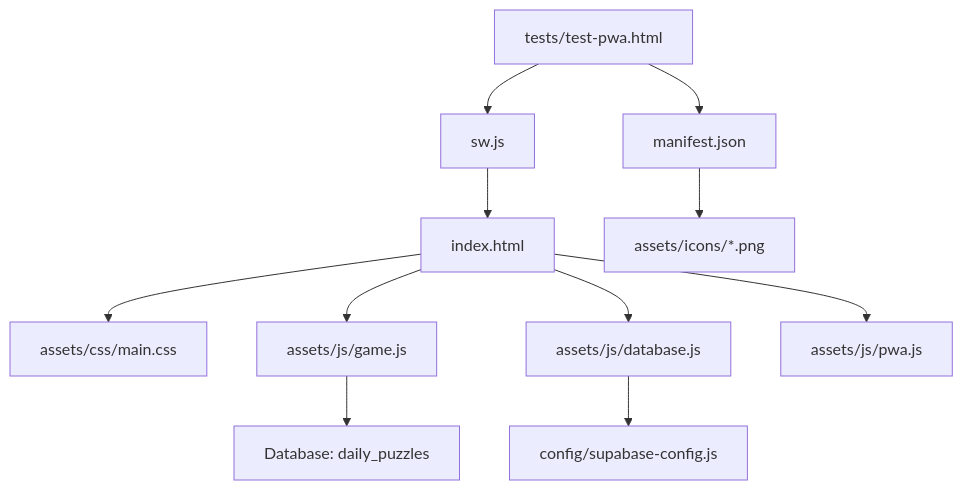
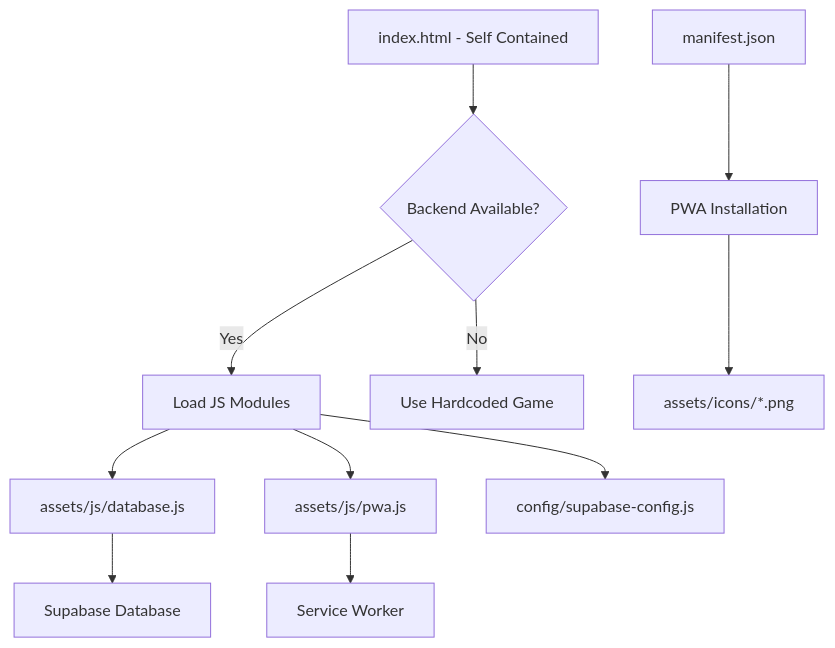
The diagram in CODEBASE_INDEX.md (Nothing-Serious-LLC/ladder_game), drawn with Mermaid before and after one commit. The commit also changed other lines of this file and 26 other files, not shown here.

````diff
--- a/CODEBASE_INDEX.md
+++ b/CODEBASE_INDEX.md
@@ -144,16 +107,16 @@
 ```mermaid
 graph TD
-    A[index.html] --> B[assets/css/main.css]
-    A --> C[assets/js/game.js]
-    A --> D[assets/js/database.js]
-    A --> E[assets/js/pwa.js]
+    A[index.html - Self Contained] --> B{Backend Available?}
+    B -->|Yes| C[Load JS Modules]
+    B -->|No| D[Use Hardcoded Game]
     
-    F[manifest.json] --> G[assets/icons/*.png]
-    H[sw.js] --> A
+    C --> E[assets/js/database.js]
+    C --> F[assets/js/pwa.js]
+    C --> G[config/supabase-config.js]
     
-    D --> I[config/supabase-config.js]
-    C --> J[Database: daily_puzzles]
+    E --> H[Supabase Database]
+    F --> I[Service Worker]
     
-    K[tests/test-pwa.html] --> F
-    K --> H
+    J[manifest.json] --> K[PWA Installation]
+    K --> L[assets/icons/*.png]
 ```
````
